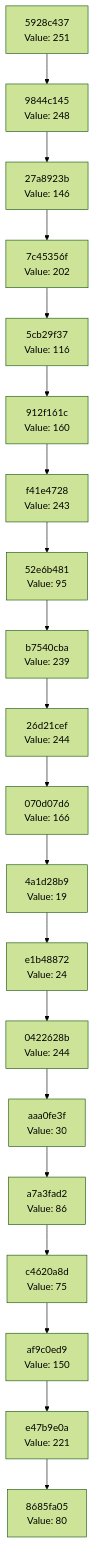
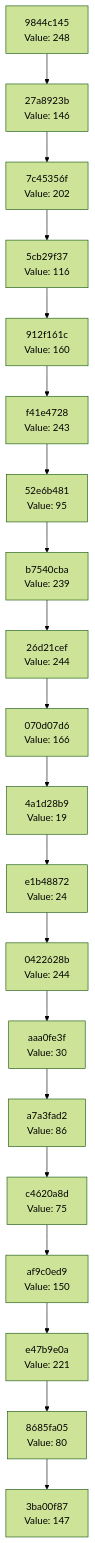
The diagram in docs/CHAIN_VISUALIZATION.md (Abhisheksinha1506/hash-chain-evolver), drawn with Mermaid (forest theme) before and after one commit. The commit also changed 3 other files, not shown here.

````diff
--- a/docs/CHAIN_VISUALIZATION.md
+++ b/docs/CHAIN_VISUALIZATION.md
@@ -3,42 +3,42 @@
 ```mermaid
 graph TD
-    C0["8685fa05<br/>Value: 80"]
-    C1["e47b9e0a<br/>Value: 221"]
+    C0["3ba00f87<br/>Value: 147"]
+    C1["8685fa05<br/>Value: 80"]
     C1 --> C0
-    C2["af9c0ed9<br/>Value: 150"]
+    C2["e47b9e0a<br/>Value: 221"]
     C2 --> C1
-    C3["c4620a8d<br/>Value: 75"]
+    C3["af9c0ed9<br/>Value: 150"]
     C3 --> C2
-    C4["a7a3fad2<br/>Value: 86"]
+    C4["c4620a8d<br/>Value: 75"]
     C4 --> C3
-    C5["aaa0fe3f<br/>Value: 30"]
+    C5["a7a3fad2<br/>Value: 86"]
     C5 --> C4
-    C6["0422628b<br/>Value: 244"]
+    C6["aaa0fe3f<br/>Value: 30"]
     C6 --> C5
-    C7["e1b48872<br/>Value: 24"]
+    C7["0422628b<br/>Value: 244"]
     C7 --> C6
-    C8["4a1d28b9<br/>Value: 19"]
+    C8["e1b48872<br/>Value: 24"]
     C8 --> C7
-    C9["070d07d6<br/>Value: 166"]
+    C9["4a1d28b9<br/>Value: 19"]
     C9 --> C8
-    C10["26d21cef<br/>Value: 244"]
+    C10["070d07d6<br/>Value: 166"]
     C10 --> C9
-    C11["b7540cba<br/>Value: 239"]
+    C11["26d21cef<br/>Value: 244"]
     C11 --> C10
-    C12["52e6b481<br/>Value: 95"]
+    C12["b7540cba<br/>Value: 239"]
     C12 --> C11
-    C13["f41e4728<br/>Value: 243"]
+    C13["52e6b481<br/>Value: 95"]
     C13 --> C12
-    C14["912f161c<br/>Value: 160"]
+    C14["f41e4728<br/>Value: 243"]
     C14 --> C13
-    C15["5cb29f37<br/>Value: 116"]
+    C15["912f161c<br/>Value: 160"]
     C15 --> C14
-    C16["7c45356f<br/>Value: 202"]
+    C16["5cb29f37<br/>Value: 116"]
     C16 --> C15
-    C17["27a8923b<br/>Value: 146"]
+    C17["7c45356f<br/>Value: 202"]
     C17 --> C16
-    C18["9844c145<br/>Value: 248"]
+    C18["27a8923b<br/>Value: 146"]
     C18 --> C17
-    C19["5928c437<br/>Value: 251"]
+    C19["9844c145<br/>Value: 248"]
     C19 --> C18
 ```
````
